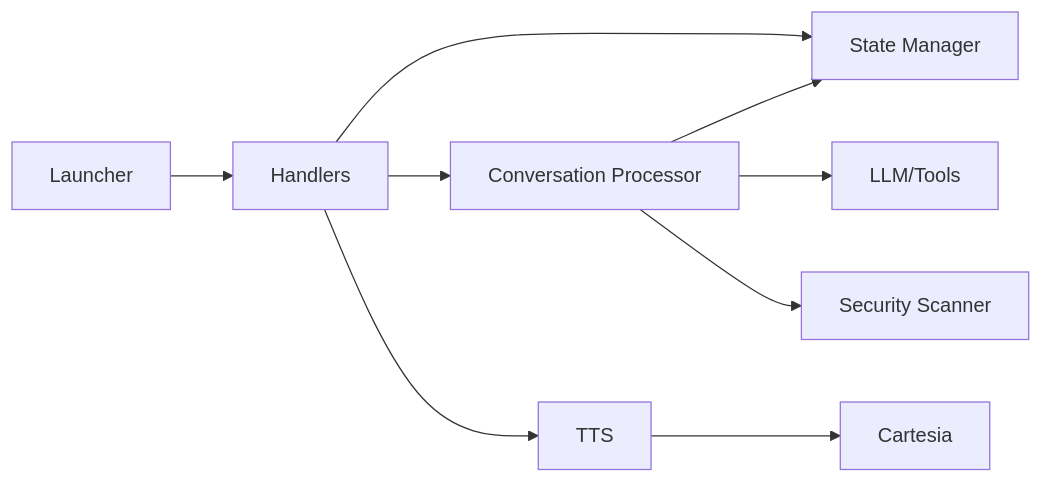
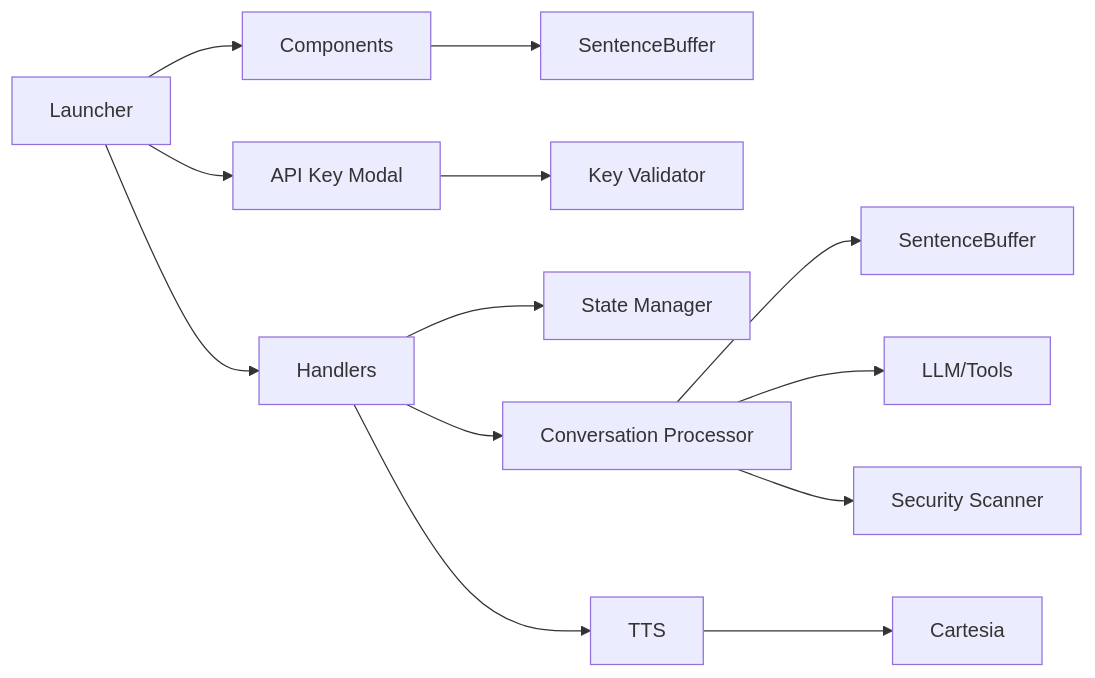
Before and after one commit to MOK-5-ha/MayaMCP: the sixth of 6 diagrams in .qoder/repowiki/en/content/User Interface Components/User Interface Components.md, drawn with Mermaid. The commit also changed other lines of this file and 27 other files, not shown here.

````diff
--- a/.qoder/repowiki/en/content/User Interface Components/User Interface Components.md
+++ b/.qoder/repowiki/en/content/User Interface Components/User Interface Components.md
@@ -311,11 +494,15 @@
 ```mermaid
 graph LR
-L["Launcher"] --> H["Handlers"]
+L["Launcher"] --> AK["API Key Modal"]
+L --> H["Handlers"]
+L --> C["Components"]
+C --> SU["SentenceBuffer"]
+AK --> KV["Key Validator"]
 H --> SM["State Manager"]
 H --> CP["Conversation Processor"]
 H --> TTS["TTS"]
-CP --> SM
+CP --> SB["SentenceBuffer"]
 CP --> LLM["LLM/Tools"]
 CP --> SEC["Security Scanner"]
 TTS --> CART["Cartesia"]
 ```
````
